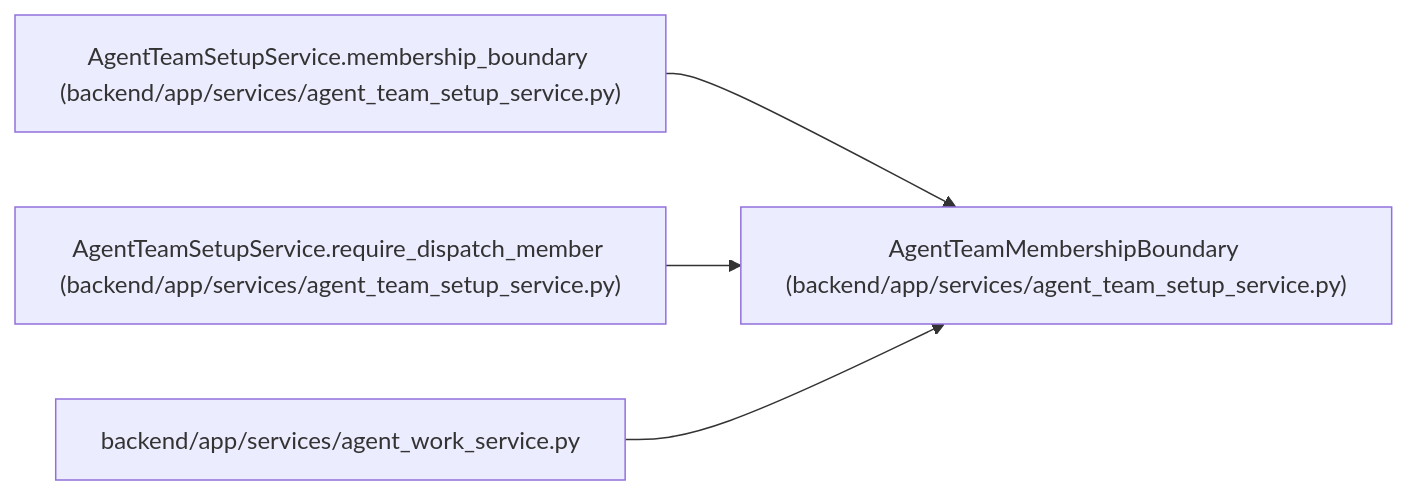
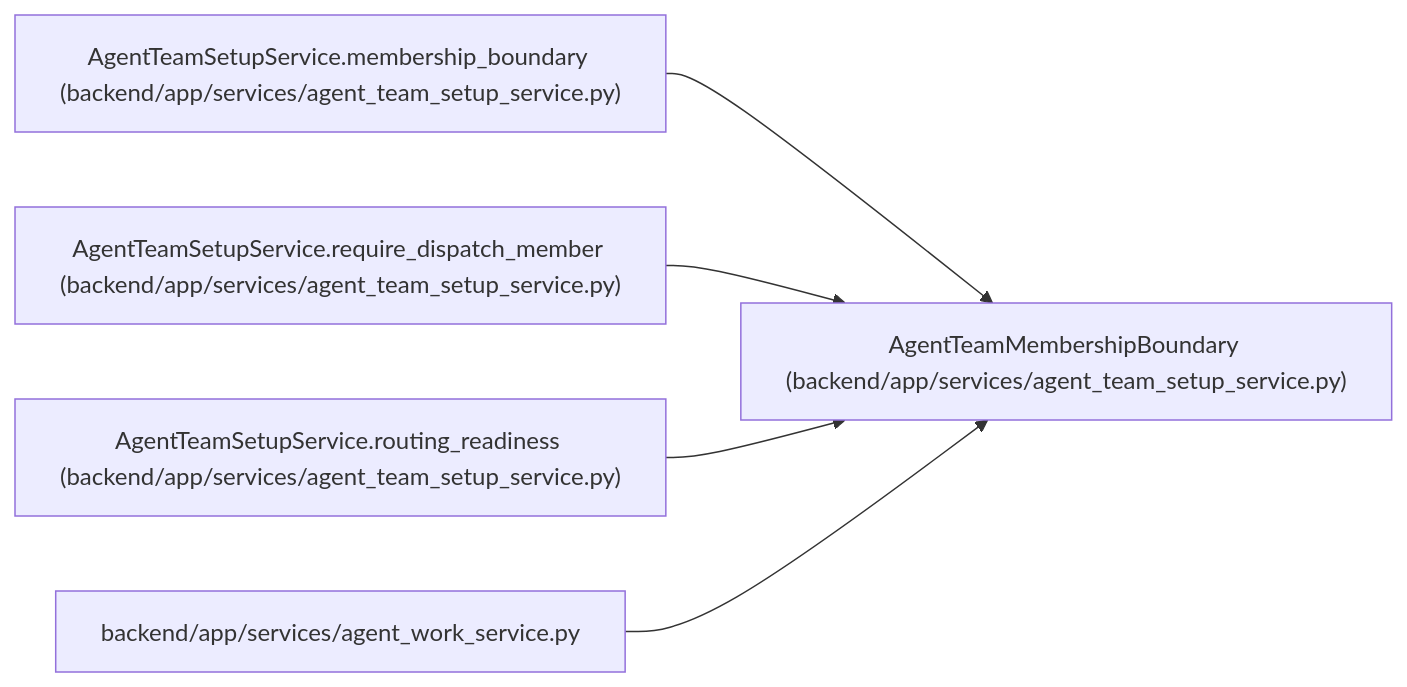
The diagram in docs/llm_wiki/entities/AgentTeamMembershipBoundary.md (Denissvgn/WorkChord), drawn with Mermaid before and after one commit. The commit also changed other lines of this file and 563 other files, not shown here.

````diff
--- a/docs/llm_wiki/entities/AgentTeamMembershipBoundary.md
+++ b/docs/llm_wiki/entities/AgentTeamMembershipBoundary.md
@@ -32,14 +32,17 @@
 ```mermaid
 flowchart LR
     n0["AgentTeamMembershipBoundary (backend/app/services/agent_team_setup_service.py)"]
     n1["AgentTeamSetupService.membership_boundary (backend/app/services/agent_team_setup_service.py)"]
     n2["AgentTeamSetupService.require_dispatch_member (backend/app/services/agent_team_setup_service.py)"]
-    n3["backend/app/services/agent_work_service.py"]
+    n3["AgentTeamSetupService.routing_readiness (backend/app/services/agent_team_setup_service.py)"]
+    n4["backend/app/services/agent_work_service.py"]
     n1 --> n0
     n2 --> n0
     n3 --> n0
+    n4 --> n0
     click n0 "../modules/agent_team_setup_service.md"
     click n1 "../modules/agent_team_setup_service.md"
     click n2 "../modules/agent_team_setup_service.md"
-    click n3 "../modules/agent_work_service.md"
+    click n3 "../modules/agent_team_setup_service.md"
+    click n4 "../modules/agent_work_service.md"
 ```
````
